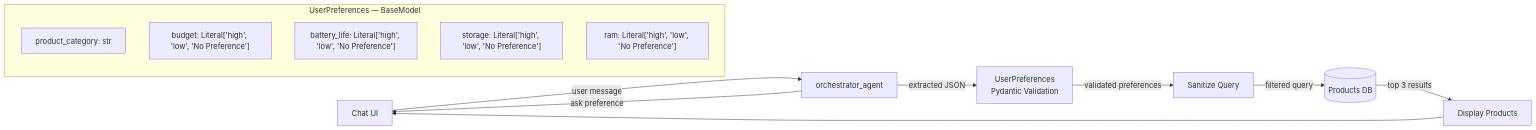
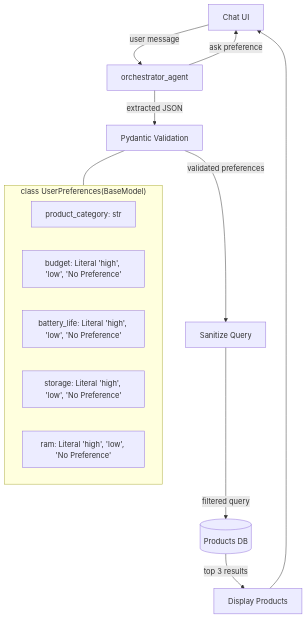
The second of 2 diagrams in README.md (rohitk2/product_recommendation_chatbot), drawn with Mermaid before and after one commit.

Commit message:
ReADme change

````diff
--- a/README.md
+++ b/README.md
@@ -101,19 +101,23 @@
 ```mermaid
-graph LR
+graph TD
     UI[Chat UI] -->|user message| OA[orchestrator_agent]
     OA -->|ask preference| UI
 
-    OA -->|extracted JSON| PV[UserPreferences\nPydantic Validation]
+    OA -->|extracted JSON| PV[Pydantic Validation]
+
     PV -->|validated preferences| SQ[Sanitize Query]
     SQ -->|filtered query| DB[(Products DB)]
     DB -->|top 3 results| DP[Display Products]
     DP --> UI
 
-    subgraph "UserPreferences — BaseModel"
+    subgraph PydanticModel ["class UserPreferences(BaseModel)"]
+        direction LR
         F1["product_category: str"]
-        F2["budget: Literal#91;'high', 'low', 'No Preference'#93;"]
-        F3["battery_life: Literal#91;'high', 'low', 'No Preference'#93;"]
-        F4["storage: Literal#91;'high', 'low', 'No Preference'#93;"]
-        F5["ram: Literal#91;'high', 'low', 'No Preference'#93;"]
+        F2["budget: Literal 'high', 'low', 'No Preference'"]
+        F3["battery_life: Literal 'high', 'low', 'No Preference'"]
+        F4["storage: Literal 'high', 'low', 'No Preference'"]
+        F5["ram: Literal 'high', 'low', 'No Preference'"]
     end
+
+    PV --- PydanticModel
 ```
````
